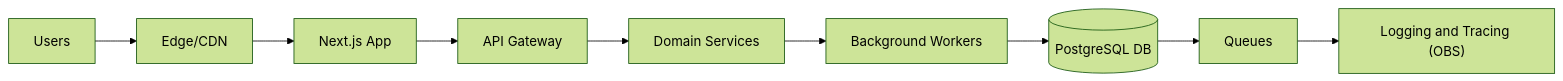
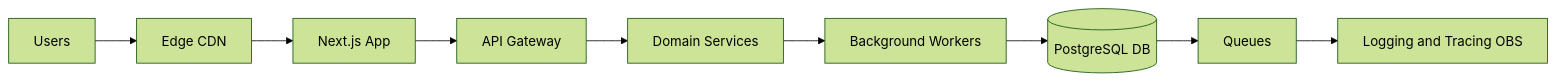
Before and after one commit to Mohammad77Radwan/Blog-Veille-Tech: the diagram in README.md, drawn with Mermaid (forest theme). The commit also changed other lines of this file, not shown here.

Commit message:
docs: refine README architecture and impact sections

````diff
--- a/README.md
+++ b/README.md
@@ -9,11 +9,11 @@
 ```mermaid
 flowchart LR
-        U[Users] --> E[Edge/CDN]
-        E --> N[Next.js App]
-        N --> AG[API Gateway]
-        AG --> DS[Domain Services]
-        DS --> BW[Background Workers]
-        BW --> DB[(PostgreSQL DB)]
-        DB --> Q[Queues]
-        Q --> OBS["Logging and Tracing (OBS)"]
+    U[Users] --> E[Edge CDN]
+    E --> N[Next.js App]
+    N --> AG[API Gateway]
+    AG --> DS[Domain Services]
+    DS --> BW[Background Workers]
+    BW --> DB[(PostgreSQL DB)]
+    DB --> Q[Queues]
+    Q --> OBS[Logging and Tracing OBS]
 ```
````
